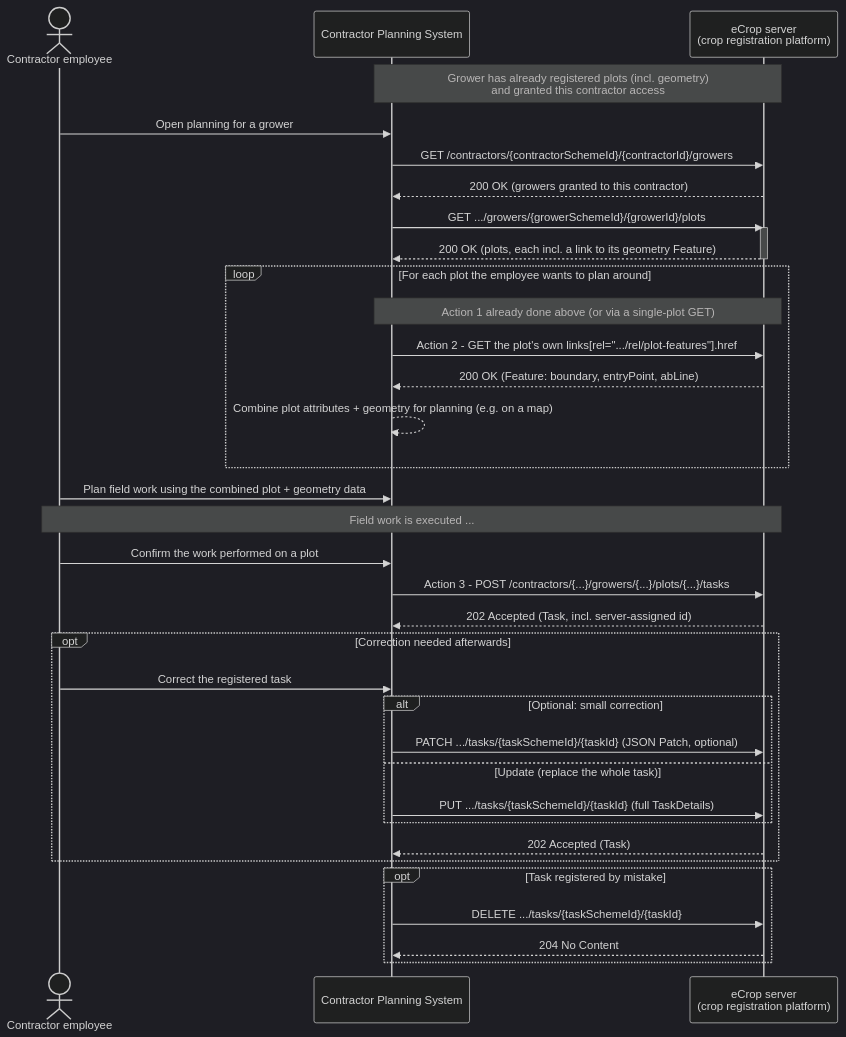
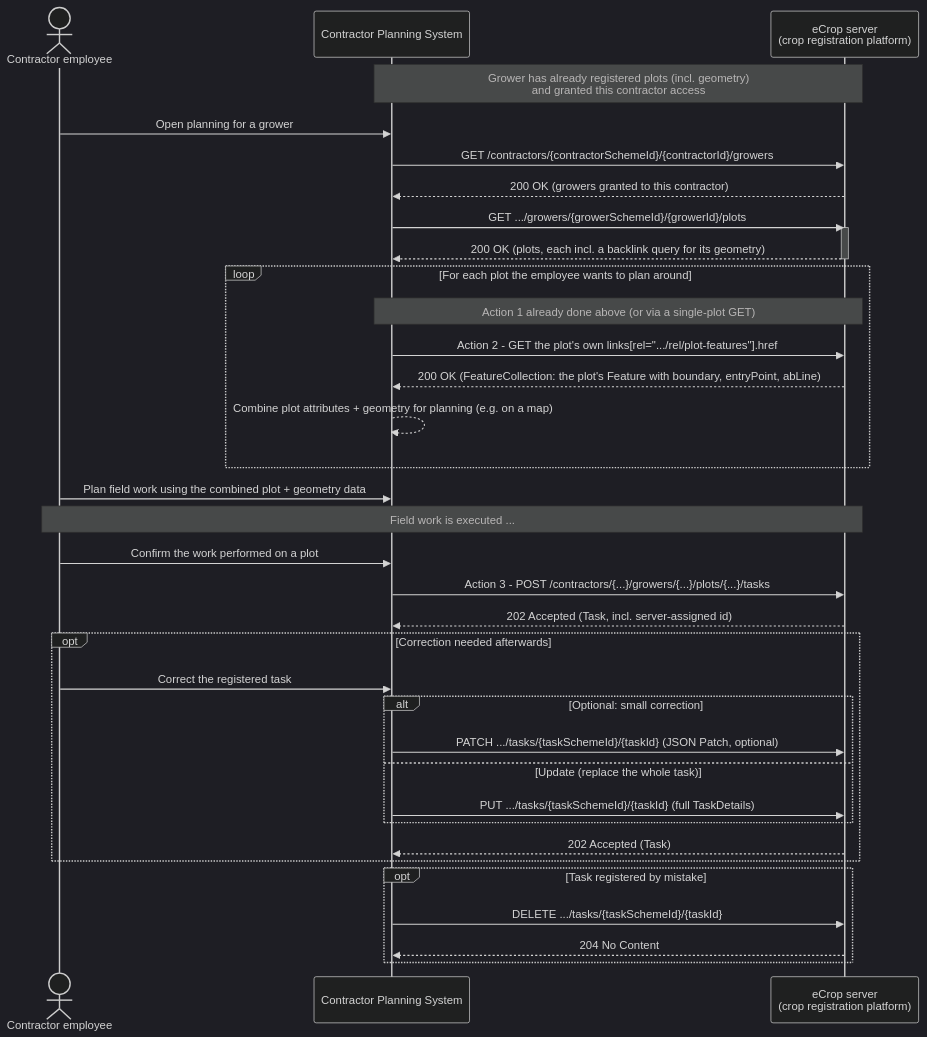
One commit to AgroConnectNL/eCrop changed the diagram in usecases/contractor-task-planning/README.md. Above: the diagram before and after it, drawn with Mermaid (dark theme). The commit also changed other lines of this file and 4 other files, not shown here.

First line of the commit message:
Replace Plot<->Feature cross references by a one-way reference with backlinks

````diff
--- a/usecases/contractor-task-planning/README.md
+++ b/usecases/contractor-task-planning/README.md
@@ -79,47 +85,47 @@
 ```mermaid
 sequenceDiagram
     actor Employee as Contractor employee
     participant CPS as Contractor Planning System
     participant eCrop as eCrop server<br/>(crop registration platform)
 
     Note over CPS,eCrop: Grower has already registered plots (incl. geometry)<br/>and granted this contractor access
 
     Employee->>CPS: Open planning for a grower
     CPS->>eCrop: GET /contractors/{contractorSchemeId}/{contractorId}/growers
     eCrop-->>CPS: 200 OK (growers granted to this contractor)
 
     CPS->>eCrop: GET .../growers/{growerSchemeId}/{growerId}/plots
     activate eCrop
-    eCrop-->>CPS: 200 OK (plots, each incl. a link to its geometry Feature)
+    eCrop-->>CPS: 200 OK (plots, each incl. a backlink query for its geometry)
     deactivate eCrop
 
     loop For each plot the employee wants to plan around
         Note over CPS,eCrop: Action 1 already done above (or via a single-plot GET)
         CPS->>eCrop: Action 2 - GET the plot's own links[rel=".../rel/plot-features"].href
-        eCrop-->>CPS: 200 OK (Feature: boundary, entryPoint, abLine)
+        eCrop-->>CPS: 200 OK (FeatureCollection: the plot's Feature with boundary, entryPoint, abLine)
         CPS-->>CPS: Combine plot attributes + geometry for planning (e.g. on a map)
     end
 
     Employee->>CPS: Plan field work using the combined plot + geometry data
 
     Note over Employee,eCrop: Field work is executed ...
 
     Employee->>CPS: Confirm the work performed on a plot
     CPS->>eCrop: Action 3 - POST /contractors/{...}/growers/{...}/plots/{...}/tasks
     eCrop-->>CPS: 202 Accepted (Task, incl. server-assigned id)
 
     opt Correction needed afterwards
         Employee->>CPS: Correct the registered task
         alt Optional: small correction
             CPS->>eCrop: PATCH .../tasks/{taskSchemeId}/{taskId} (JSON Patch, optional)
         else Update (replace the whole task)
             CPS->>eCrop: PUT .../tasks/{taskSchemeId}/{taskId} (full TaskDetails)
         end
         eCrop-->>CPS: 202 Accepted (Task)
     end
 
     opt Task registered by mistake
         CPS->>eCrop: DELETE .../tasks/{taskSchemeId}/{taskId}
         eCrop-->>CPS: 204 No Content
     end
 ```
````
